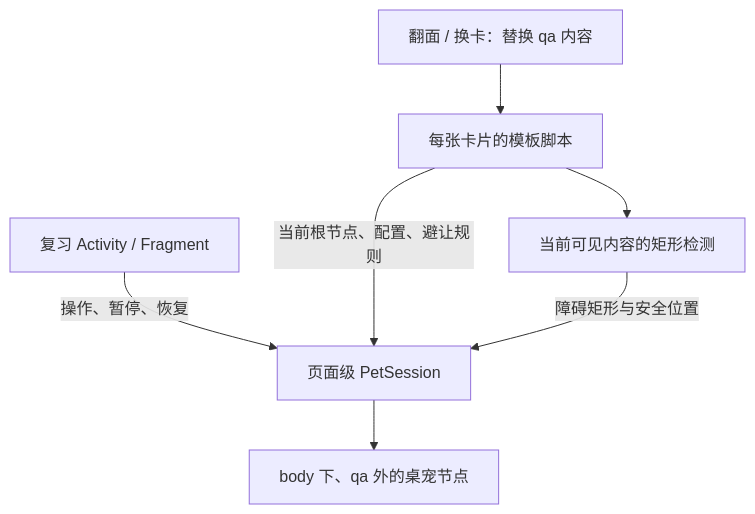
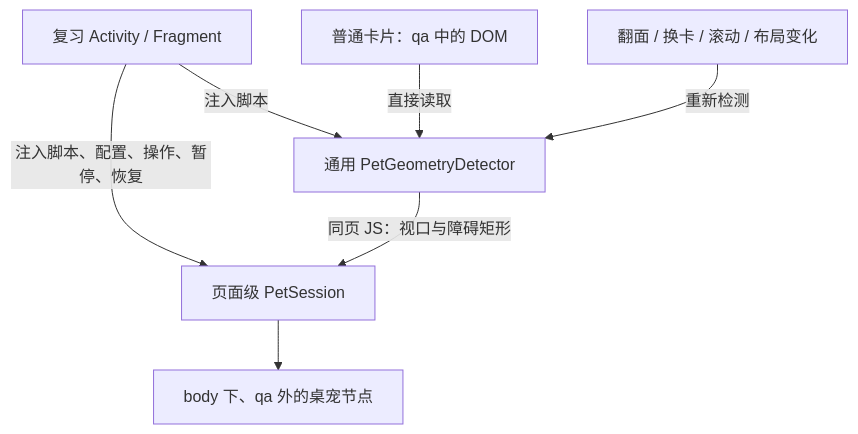
One commit to 43276/anki_template changed the diagram in docs/pet-reviewer-feasibility.md. Above: the diagram before and after it, drawn with Mermaid. The commit also changed other lines of this file and 1 other file, not shown here.

````diff
--- a/docs/pet-reviewer-feasibility.md
+++ b/docs/pet-reviewer-feasibility.md
@@ -64,9 +66,9 @@
 ```mermaid
 flowchart TD
-    A[复习 Activity / Fragment] -->|操作、暂停、恢复| B[页面级 PetSession]
-    C[每张卡片的模板脚本] -->|当前根节点、配置、避让规则| B
-    C --> D[当前可见内容的矩形检测]
-    D -->|障碍矩形与安全位置| B
+    A[复习 Activity / Fragment] -->|注入脚本、配置、操作、暂停、恢复| B[页面级 PetSession]
+    A -->|注入脚本| D[通用 PetGeometryDetector]
+    C[普通卡片：qa 中的 DOM] -->|直接读取| D
+    D -->|同页 JS：视口与障碍矩形| B
     B --> E[body 下、qa 外的桌宠节点]
-    F[翻面 / 换卡：替换 qa 内容] --> C
+    F[翻面 / 换卡 / 滚动 / 布局变化] -->|重新检测| D
 ```
````
